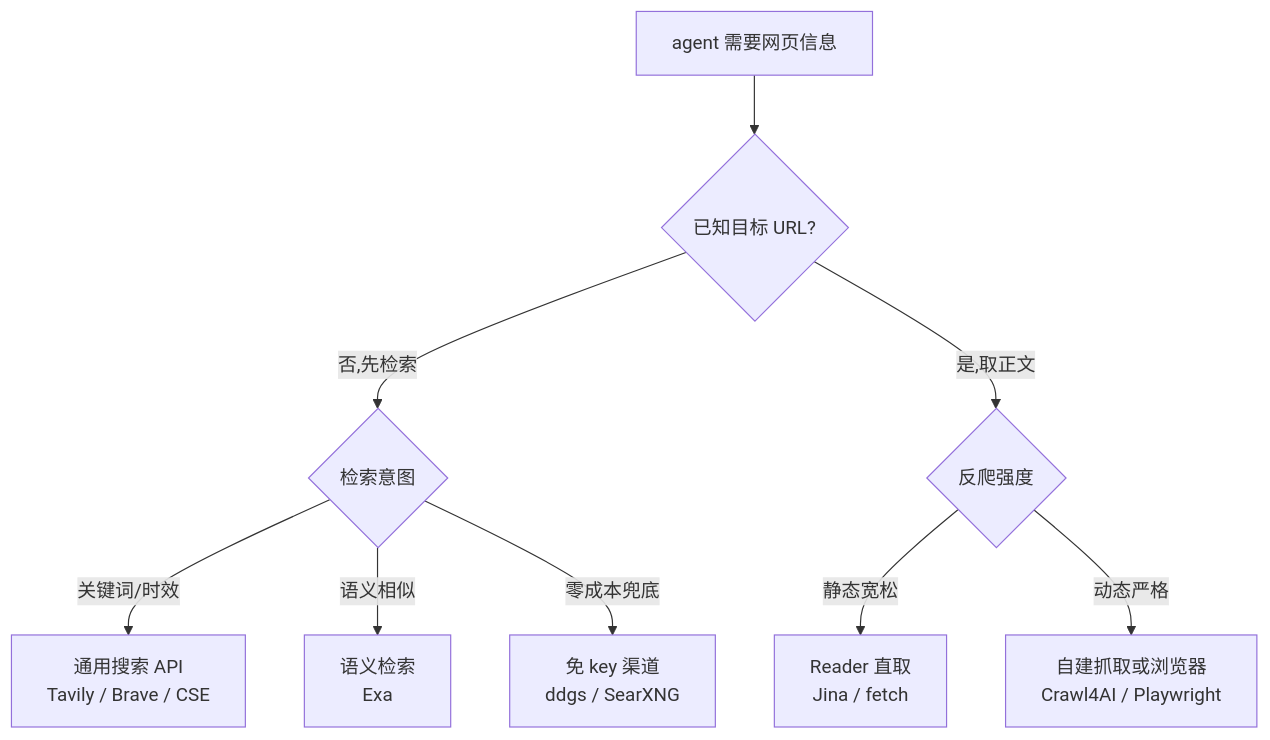
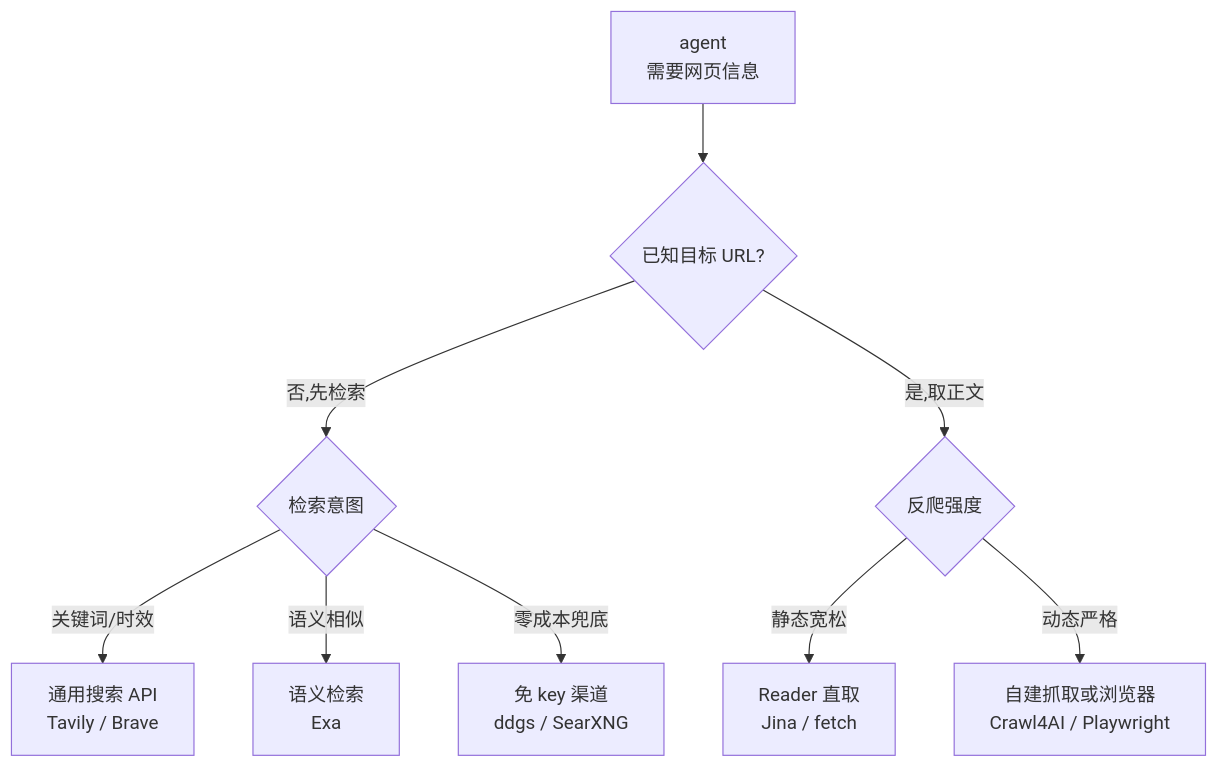
One commit to xuchaoxin1375/blogs changed the diagram in Code/ai/ai agent@联网搜索与网页抓取@免费资源调研指南.md. Above: the diagram before and after it, drawn with Mermaid. The commit also changed other lines of this file, not shown here.

Commit message:
docs(ai): 复核免费搜索与抓取资源数据,补 ddgs 自带 MCP 与 agent-web-search 实测

````diff
--- a/Code/ai/ai agent@联网搜索与网页抓取@免费资源调研指南.md
+++ b/Code/ai/ai agent@联网搜索与网页抓取@免费资源调研指南.md
@@ -25,11 +27,11 @@
 ```mermaid
 flowchart TD
-    Q["agent 需要网页信息"] --> U{"已知目标 URL?"}
+    Q["agent<br>需要网页信息"] --> U{"已知目标 URL?"}
     U -- "否,先检索" --> S{"检索意图"}
-    S -- "关键词/时效" --> K["通用搜索 API<br>Tavily / Brave / CSE"]
+    S -- "关键词/时效" --> K["通用搜索 API<br>Tavily / Brave"]
     S -- "语义相似" --> E["语义检索<br>Exa"]
     S -- "零成本兜底" --> D["免 key 渠道<br>ddgs / SearXNG"]
     U -- "是,取正文" --> F{"反爬强度"}
     F -- "静态宽松" --> R["Reader 直取<br>Jina / fetch"]
     F -- "动态严格" --> B["自建抓取或浏览器<br>Crawl4AI / Playwright"]
 ```
````
